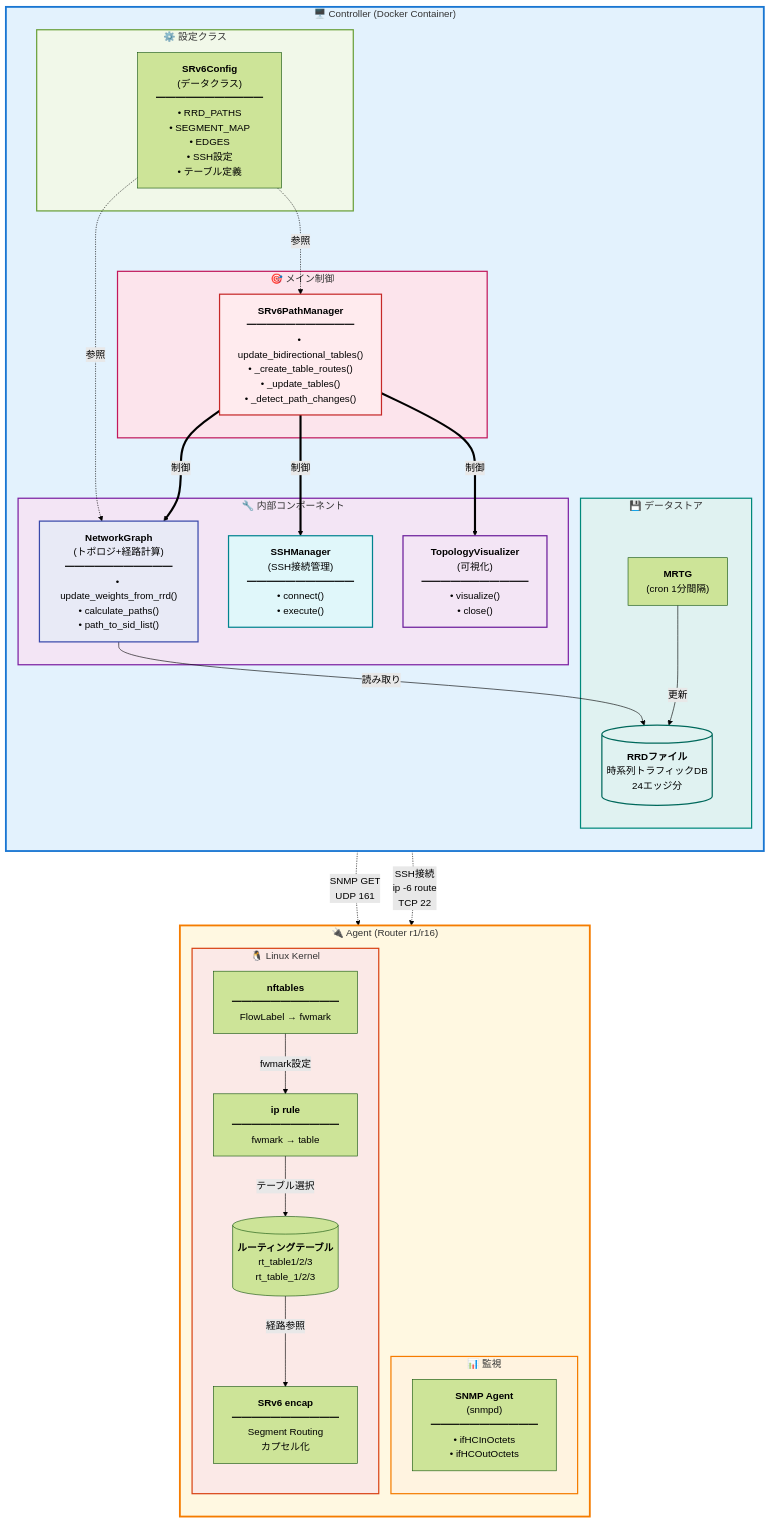
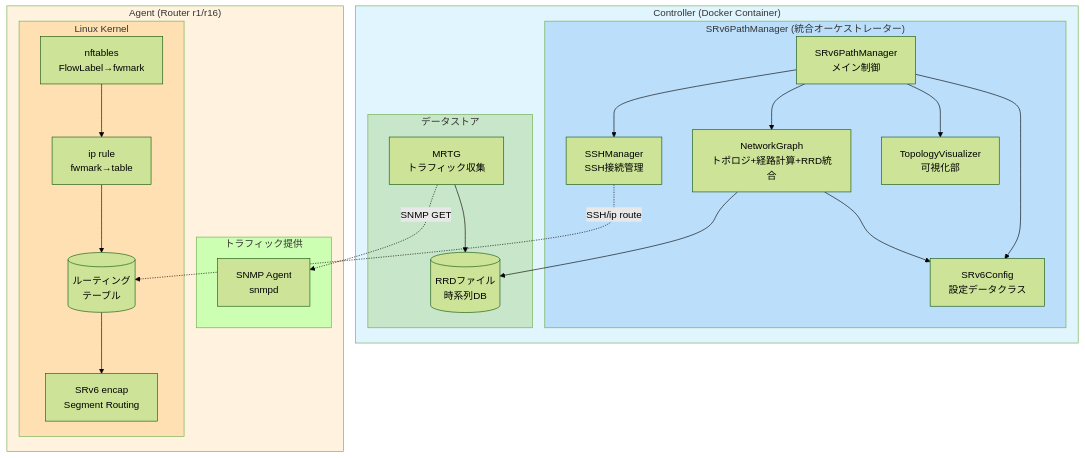
Before and after one commit to hiro-hcu/srv6_dynamic_routing_performance3_evaluation_system: the fifth of 5 diagrams in docs/sequence_diagrams.md, drawn with Mermaid (forest theme).

````diff
--- a/docs/sequence_diagrams.md
+++ b/docs/sequence_diagrams.md
@@ -408,70 +408,51 @@
 ```mermaid
 graph TB
-    subgraph Controller["🖥️ Controller (Docker Container)"]
-        direction TB
-        
-        subgraph Config["⚙️ 設定クラス"]
-            CFG["<b>SRv6Config</b><br/>(データクラス)<br/>━━━━━━━━━━━<br/>• RRD_PATHS<br/>• SEGMENT_MAP<br/>• EDGES<br/>• SSH設定<br/>• テーブル定義"]
+    subgraph Controller["Controller (Docker Container)"]
+        subgraph Orchestrator["SRv6PathManager (統合オーケストレーター)"]
+            PM[SRv6PathManager<br/>メイン制御]
+            NG[NetworkGraph<br/>トポロジ+経路計算+RRD統合]
+            SSH[SSHManager<br/>SSH接続管理]
+            TV[TopologyVisualizer<br/>可視化部]
+            CFG[SRv6Config<br/>設定データクラス]
         end
         
-        subgraph Manager["🎯 メイン制御"]
-            PM["<b>SRv6PathManager</b><br/>━━━━━━━━━━━<br/>• update_bidirectional_tables()<br/>• _create_table_routes()<br/>• _update_tables()<br/>• _detect_path_changes()"]
+        subgraph DataStore["データストア"]
+            MRTG[MRTG<br/>トラフィック収集]
+            RRD[(RRDファイル<br/>時系列DB)]
         end
         
-        subgraph Components["🔧 内部コンポーネント"]
-            NG["<b>NetworkGraph</b><br/>(トポロジ+経路計算)<br/>━━━━━━━━━━━<br/>• update_weights_from_rrd()<br/>• calculate_paths()<br/>• path_to_sid_list()"]
-            SSH["<b>SSHManager</b><br/>(SSH接続管理)<br/>━━━━━━━━━━━<br/>• connect()<br/>• execute()"]
-            TV["<b>TopologyVisualizer</b><br/>(可視化)<br/>━━━━━━━━━━━<br/>• visualize()<br/>• close()"]
+        PM --> NG
+        PM --> SSH
+        PM --> TV
+        PM --> CFG
+        NG --> CFG
+        NG --> RRD
+        MRTG --> RRD
+    end
+    
+    subgraph Agent["Agent (Router r1/r16)"]
+        subgraph SNMP["トラフィック提供"]
+            SNMPD[SNMP Agent<br/>snmpd]
         end
         
-        subgraph DataStore["💾 データストア"]
-            MRTG["<b>MRTG</b><br/>(cron 1分間隔)"]
-            RRD[("<b>RRDファイル</b><br/>時系列トラフィックDB<br/>24エッジ分")]
+        subgraph Kernel["Linux Kernel"]
+            NFT[nftables<br/>FlowLabel→fwmark]
+            IPRULE[ip rule<br/>fwmark→table]
+            RTTBL[(ルーティング<br/>テーブル)]
+            SRV6[SRv6 encap<br/>Segment Routing]
         end
         
-        CFG -.->|参照| PM
-        CFG -.->|参照| NG
-        PM ==>|制御| NG
-        PM ==>|制御| SSH
-        PM ==>|制御| TV
-        NG -->|読み取り| RRD
-        MRTG -->|更新| RRD
+        NFT --> IPRULE
+        IPRULE --> RTTBL
+        RTTBL --> SRV6
     end
     
-    subgraph Agent["🔌 Agent (Router r1/r16)"]
-        direction TB
-        
-        subgraph Monitor["📊 監視"]
-            SNMPD["<b>SNMP Agent</b><br/>(snmpd)<br/>━━━━━━━━━━━<br/>• ifHCInOctets<br/>• ifHCOutOctets"]
-        end
-        
-        subgraph Kernel["🐧 Linux Kernel"]
-            NFT["<b>nftables</b><br/>━━━━━━━━━━━<br/>FlowLabel → fwmark"]
-            IPRULE["<b>ip rule</b><br/>━━━━━━━━━━━<br/>fwmark → table"]
-            RTTBL[("<b>ルーティングテーブル</b><br/>rt_table1/2/3<br/>rt_table_1/2/3")]
-            SRV6["<b>SRv6 encap</b><br/>━━━━━━━━━━━<br/>Segment Routing<br/>カプセル化"]
-        end
-        
-        NFT -->|fwmark設定| IPRULE
-        IPRULE -->|テーブル選択| RTTBL
-        RTTBL -->|経路参照| SRV6
-    end
+    MRTG -.->|SNMP GET| SNMPD
+    SSH -.->|SSH/ip route| RTTBL
     
-    MRTG -.->|SNMP GET<br/>UDP 161| SNMPD
-    SSH -.->|SSH接続<br/>ip -6 route<br/>TCP 22| RTTBL
-    
-    style Controller fill:#e3f2fd,stroke:#1976d2,stroke-width:3px
-    style Agent fill:#fff8e1,stroke:#f57c00,stroke-width:3px
-    style Config fill:#f1f8e9,stroke:#689f38,stroke-width:2px
-    style Manager fill:#fce4ec,stroke:#c2185b,stroke-width:2px
-    style Components fill:#f3e5f5,stroke:#7b1fa2,stroke-width:2px
-    style DataStore fill:#e0f2f1,stroke:#00897b,stroke-width:2px
-    style Monitor fill:#fff3e0,stroke:#f57c00,stroke-width:2px
-    style Kernel fill:#fbe9e7,stroke:#d84315,stroke-width:2px
-    
-    style PM fill:#ffebee,stroke:#c62828,stroke-width:2px
-    style NG fill:#e8eaf6,stroke:#3949ab,stroke-width:2px
-    style SSH fill:#e0f7fa,stroke:#00838f,stroke-width:2px
-    style TV fill:#f3e5f5,stroke:#6a1b9a,stroke-width:2px
-    style RRD fill:#e0f2f1,stroke:#00695c,stroke-width:2px
+    style Controller fill:#e1f5fe
+    style Agent fill:#fff3e0
+    style Orchestrator fill:#bbdefb
+    style DataStore fill:#c8e6c9
+    style Kernel fill:#ffe0b2
 ```
````
